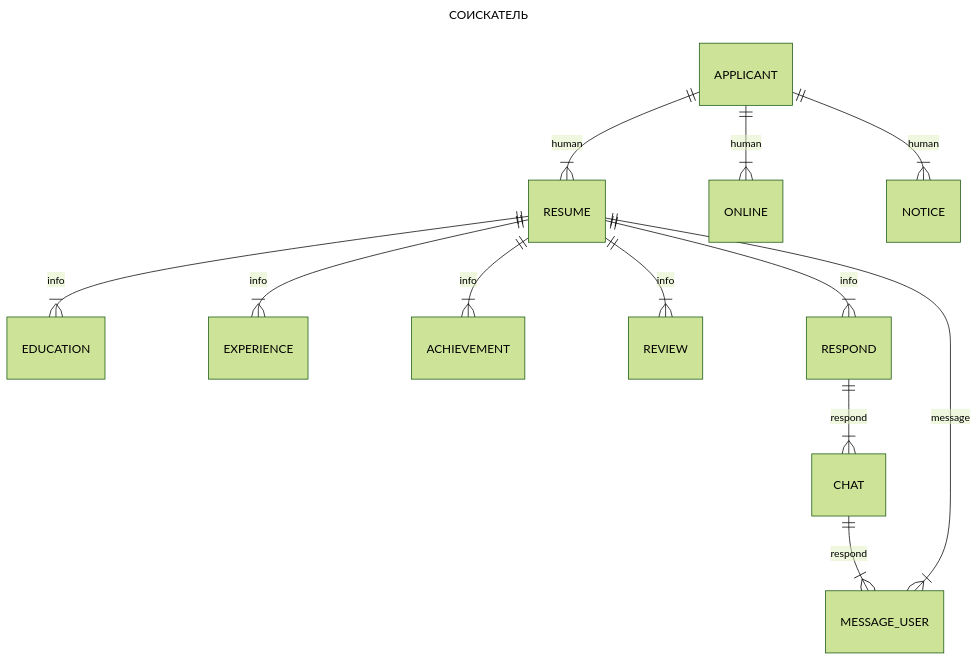
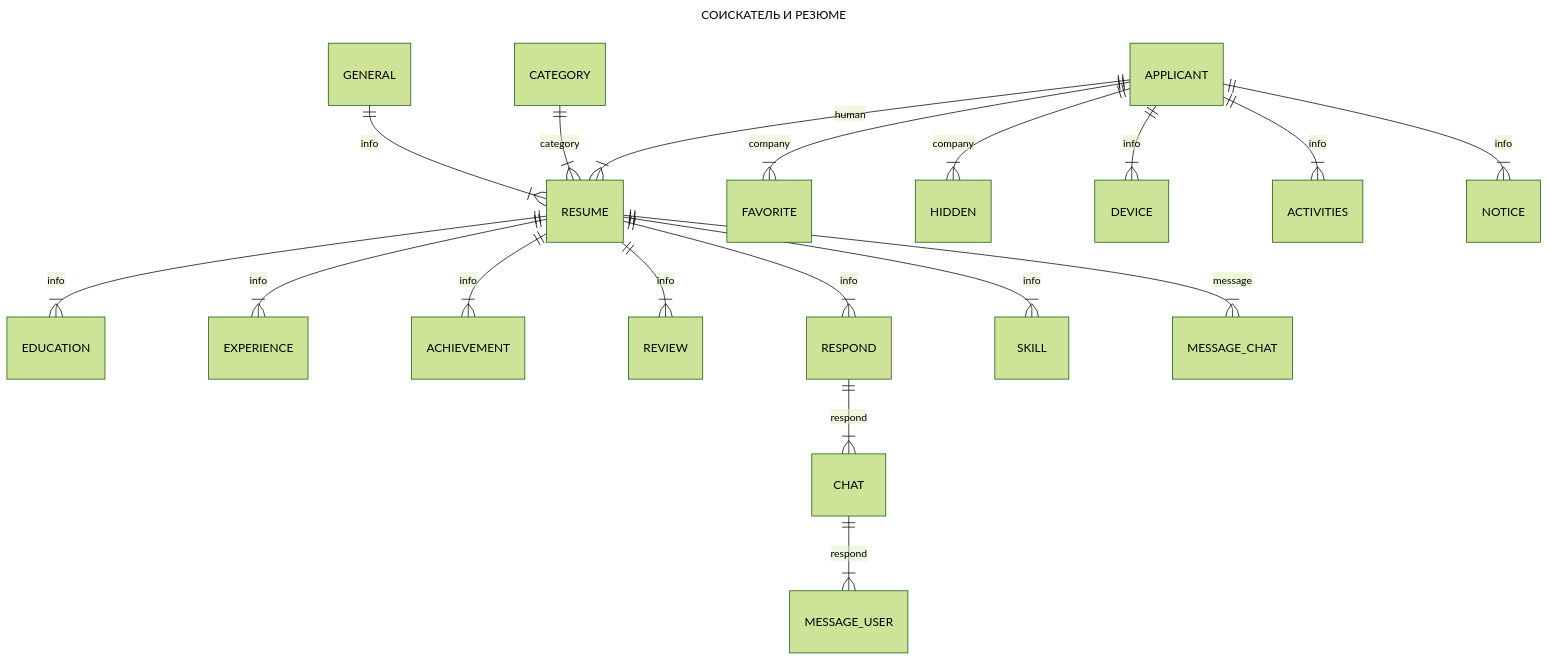
One commit to TheWitcher1991/talentspot changed the diagram in model/applicant.er.md. Above: the diagram before and after it, drawn with Mermaid (forest theme). The commit also changed 13 other files, not shown here.

Commit message:
update er-diagrams

````diff
--- a/model/applicant.er.md
+++ b/model/applicant.er.md
@@ -1,18 +1,23 @@
 ```mermaid
 ---
-title: СОИСКАТЕЛЬ
+title: СОИСКАТЕЛЬ И РЕЗЮМЕ
 ---
 erDiagram
     APPLICANT ||--|{ RESUME : human
-    APPLICANT ||--|{ ONLINE : human
-    APPLICANT ||--|{ NOTICE : human
+    APPLICANT ||--|{ FAVORITE : company
+    APPLICANT ||--|{ HIDDEN : company
+    APPLICANT ||--|{ DEVICE : info
+    APPLICANT ||--|{ ACTIVITIES : info
+    APPLICANT ||--|{ NOTICE : info
     RESUME ||--|{ EDUCATION : info
     RESUME ||--|{ EXPERIENCE : info
     RESUME ||--|{ ACHIEVEMENT : info
     RESUME ||--|{ REVIEW : info
     RESUME ||--|{ RESPOND : info
+    RESUME ||--|{ SKILL : info
     RESPOND ||--|{ CHAT : respond
     CHAT ||--|{ MESSAGE_USER : respond
-    RESUME ||--|{ MESSAGE_USER : message
-    
+    RESUME ||--|{ MESSAGE_CHAT : message
+    GENERAL ||--|{ RESUME : info
+    CATEGORY ||--|{ RESUME: category
 ```
````
